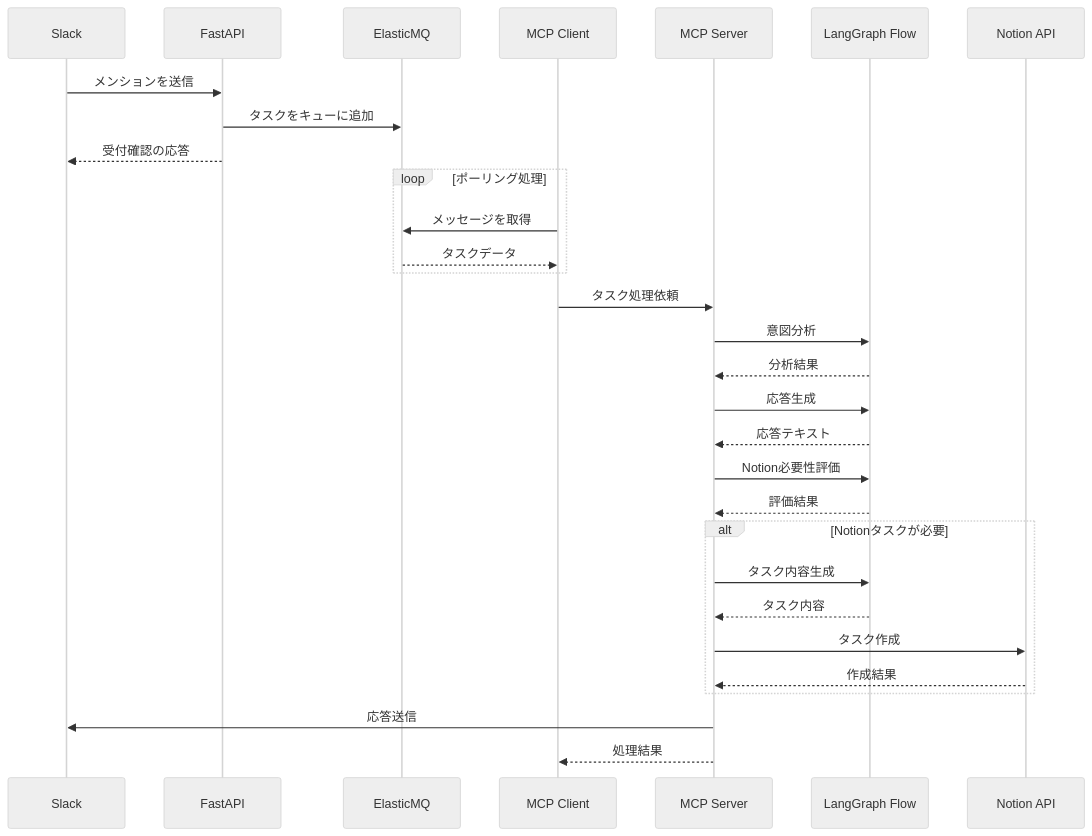
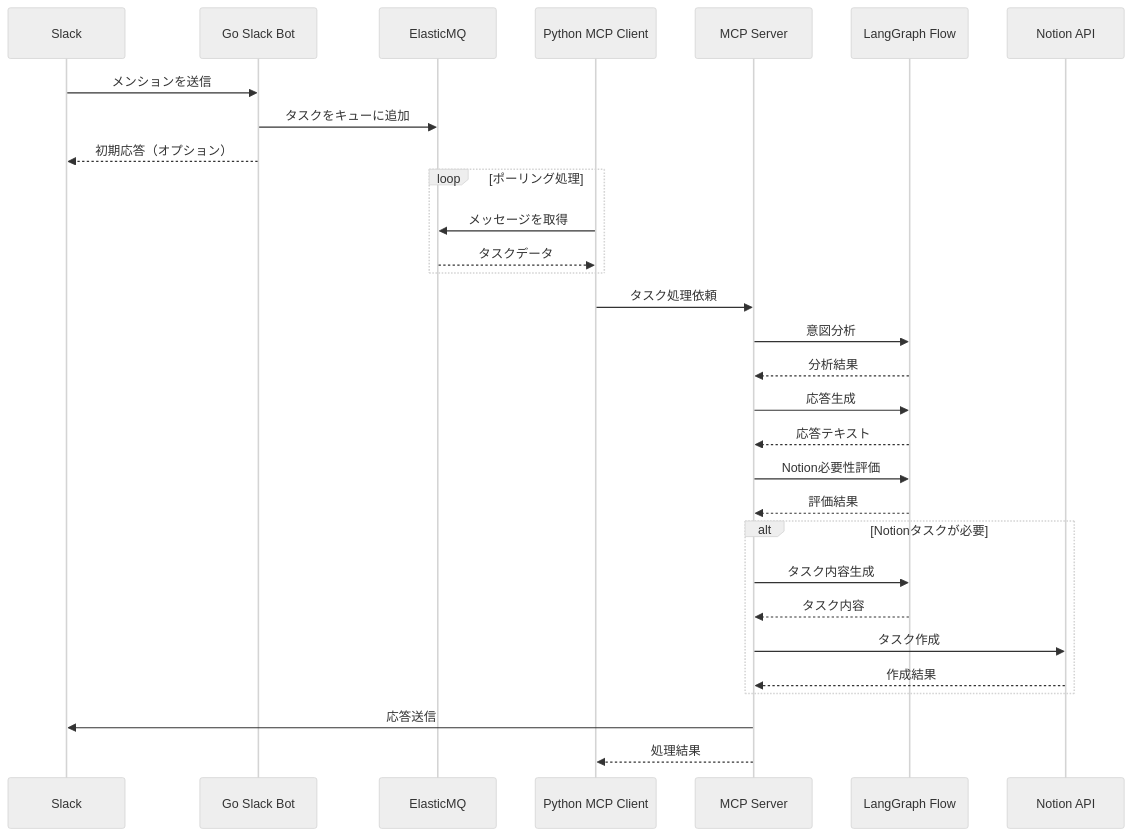
Before and after one commit to takeuchi-shogo/ai-slack-bot: the second of 3 diagrams in ai_agent/README.md, drawn with Mermaid (neutral theme). The commit also changed other lines of this file and 11 other files, not shown here.

````diff
--- a/ai_agent/README.md
+++ b/ai_agent/README.md
@@ -165,37 +176,37 @@
 ```mermaid
 sequenceDiagram
     participant Slack
-    participant API as FastAPI
+    participant GoBot as Go Slack Bot
     participant Queue as ElasticMQ
-    participant MCP as MCP Client
+    participant MCP as Python MCP Client
     participant Server as MCP Server
     participant LLM as LangGraph Flow
     participant NotionAPI as Notion API
     
-    Slack->>API: メンションを送信
-    API->>Queue: タスクをキューに追加
-    API-->>Slack: 受付確認の応答
+    Slack->>GoBot: メンションを送信
+    GoBot->>Queue: タスクをキューに追加
+    GoBot-->>Slack: 初期応答（オプション）
     
     loop ポーリング処理
         MCP->>Queue: メッセージを取得
         Queue-->>MCP: タスクデータ
     end
     
     MCP->>Server: タスク処理依頼
     Server->>LLM: 意図分析
     LLM-->>Server: 分析結果
     Server->>LLM: 応答生成
     LLM-->>Server: 応答テキスト
     Server->>LLM: Notion必要性評価
     LLM-->>Server: 評価結果
     
     alt Notionタスクが必要
         Server->>LLM: タスク内容生成
         LLM-->>Server: タスク内容
         Server->>NotionAPI: タスク作成
         NotionAPI-->>Server: 作成結果
     end
     
     Server->>Slack: 応答送信
     Server-->>MCP: 処理結果
 ```
````
